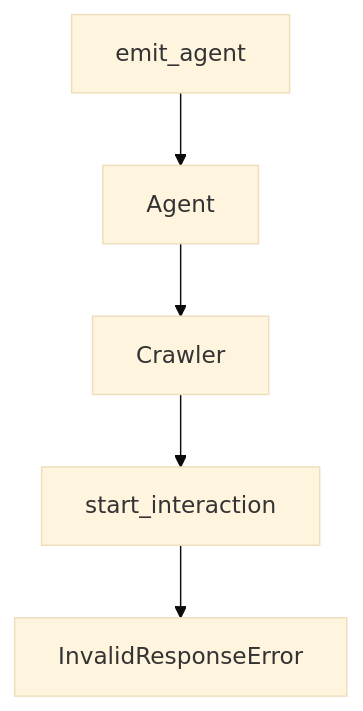
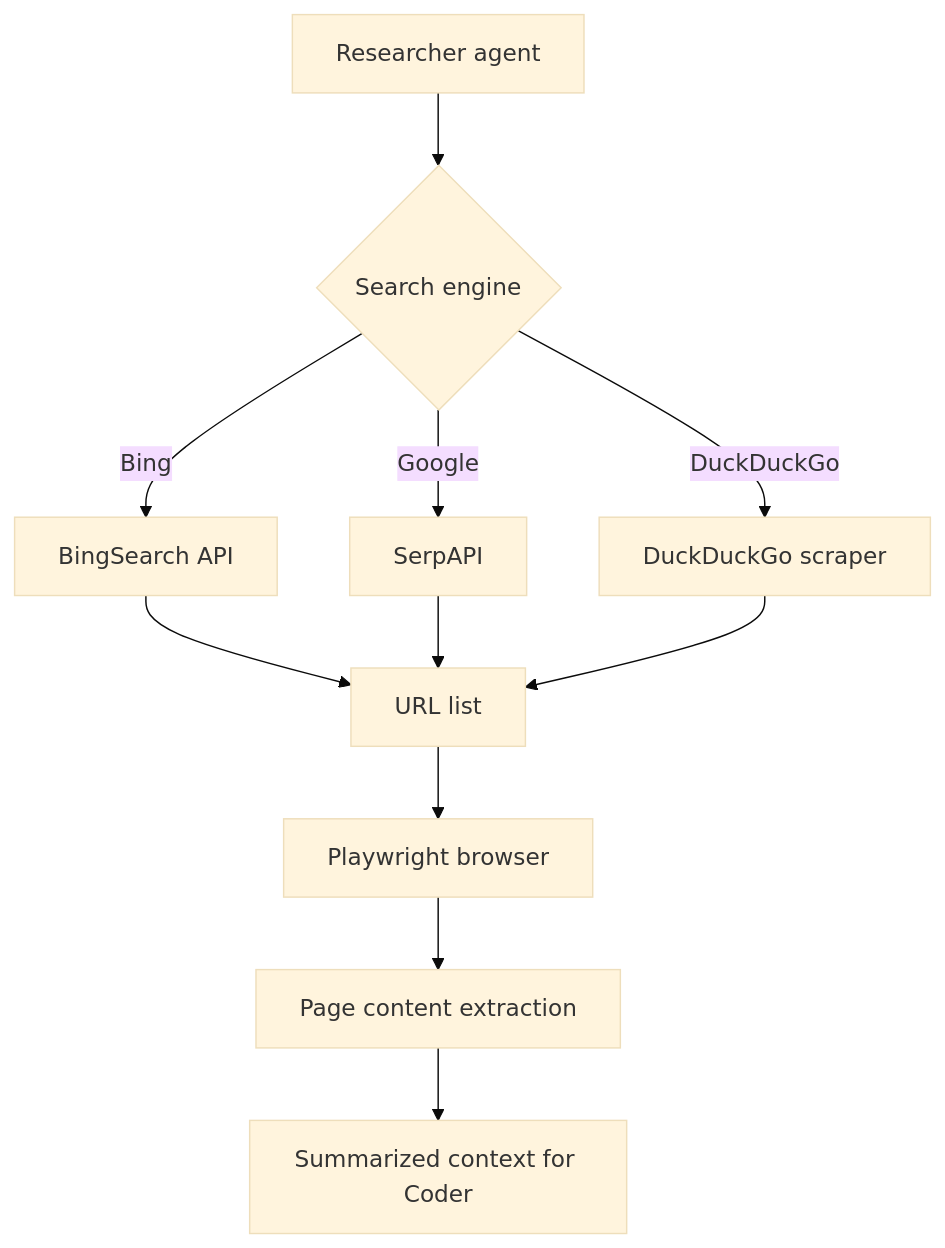
Before and after one commit to johnxie/awesome-code-docs: the diagram in tutorials/devika-tutorial/05-web-research-and-browser-integration.md, drawn with Mermaid (base theme). The commit also changed other lines of this file and 1232 other files, not shown here.

````diff
--- a/tutorials/devika-tutorial/05-web-research-and-browser-integration.md
+++ b/tutorials/devika-tutorial/05-web-research-and-browser-integration.md
@@ -193,12 +44,13 @@
 ```mermaid
 flowchart TD
-    A[emit_agent]
-    B[Agent]
-    C[Crawler]
-    D[start_interaction]
-    E[InvalidResponseError]
-    A --> B
-    B --> C
-    C --> D
-    D --> E
+    A[Researcher agent] --> B{Search engine}
+    B -->|Bing| C[BingSearch API]
+    B -->|Google| D[SerpAPI]
+    B -->|DuckDuckGo| E[DuckDuckGo scraper]
+    C --> F[URL list]
+    D --> F
+    E --> F
+    F --> G[Playwright browser]
+    G --> H[Page content extraction]
+    H --> I[Summarized context for Coder]
 ```
````
